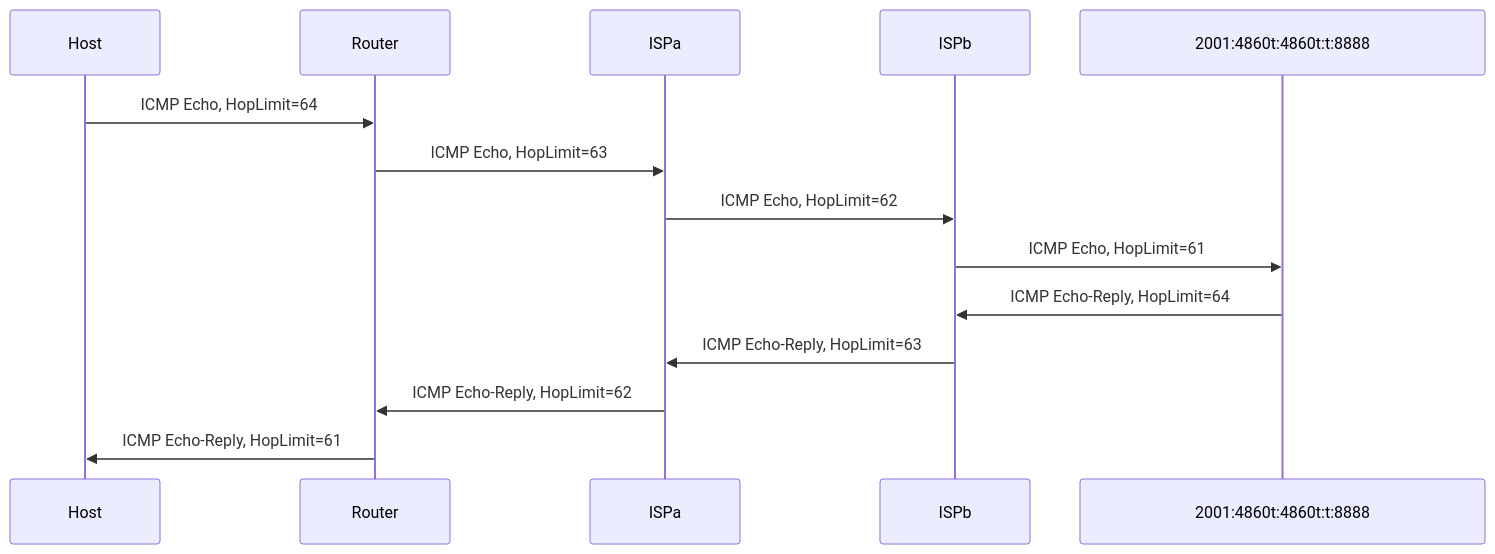
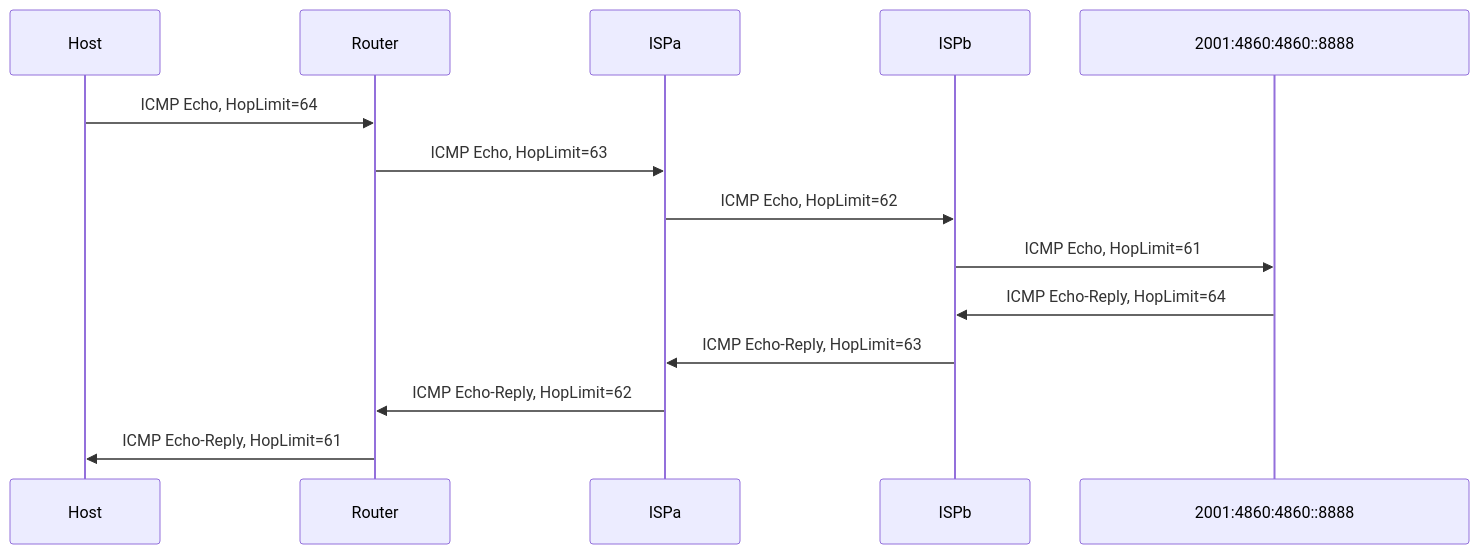
Before and after one commit to compscidr/network-tools: the diagram in src/ping6/README.md, drawn with Mermaid.

````diff
--- a/src/ping6/README.md
+++ b/src/ping6/README.md
@@ -2,16 +2,16 @@
 ```mermaid
 sequenceDiagram
     participant Host
     participant Router
     participant ISPa
     participant ISPb
-    participant endHost as  2001#58;4860t#58;4860t#58;t#58;8888
+    participant endHost as  2001#58;4860#58;4860#58;#58;8888
     Host->>Router: ICMP Echo, HopLimit=64
     Router->>ISPa: ICMP Echo, HopLimit=63
     ISPa->> ISPb: ICMP Echo, HopLimit=62
     ISPb->> endHost: ICMP Echo, HopLimit=61  
     endHost->> ISPb: ICMP Echo-Reply, HopLimit=64
     ISPb->>ISPa: ICMP Echo-Reply, HopLimit=63
     ISPa->>Router: ICMP Echo-Reply, HopLimit=62
     Router->>Host: ICMP Echo-Reply, HopLimit=61
 ```
````
